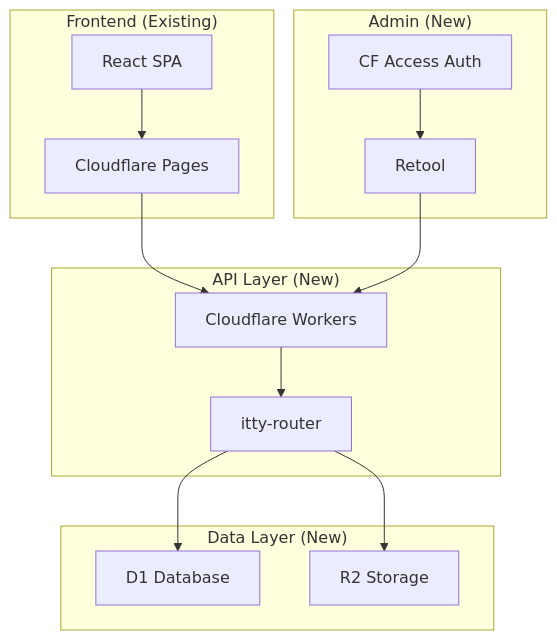
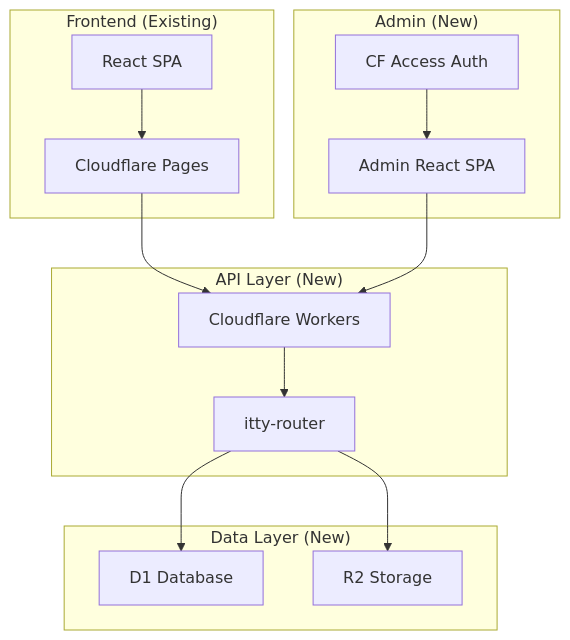
Before and after one commit to keving3ng/matchamap: the diagram in docs/backend-prd.md, drawn with Mermaid. The commit also changed other lines of this file and 7 other files, not shown here.

````diff
--- a/docs/backend-prd.md
+++ b/docs/backend-prd.md
@@ -47,21 +47,21 @@
 ```mermaid
 graph TB
     subgraph "Frontend (Existing)"
         A[React SPA] --> B[Cloudflare Pages]
     end
 
     subgraph "API Layer (New)"
         B --> C[Cloudflare Workers]
         C --> D[itty-router]
     end
 
     subgraph "Data Layer (New)"
         D --> E[D1 Database]
         D --> F[R2 Storage]
     end
 
     subgraph "Admin (New)"
-        G[Retool] --> C
+        G[Admin React SPA] --> C
         H[CF Access Auth] --> G
     end
 ```
````
